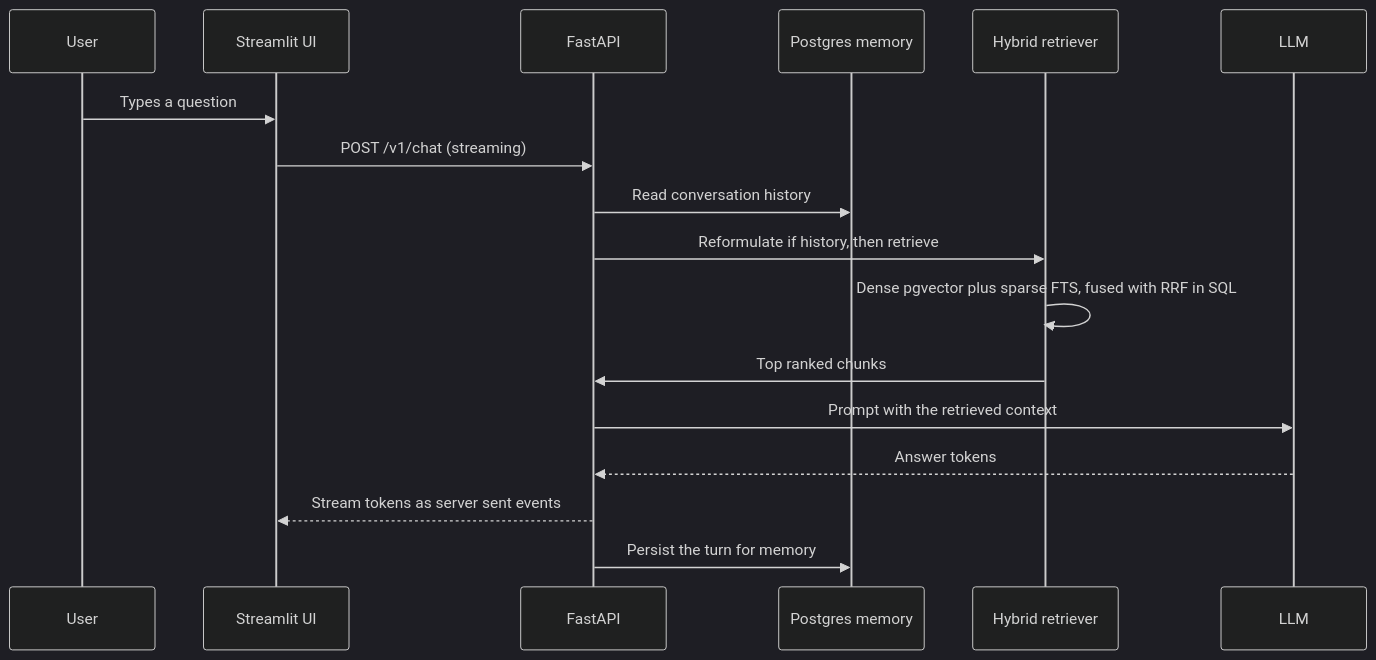
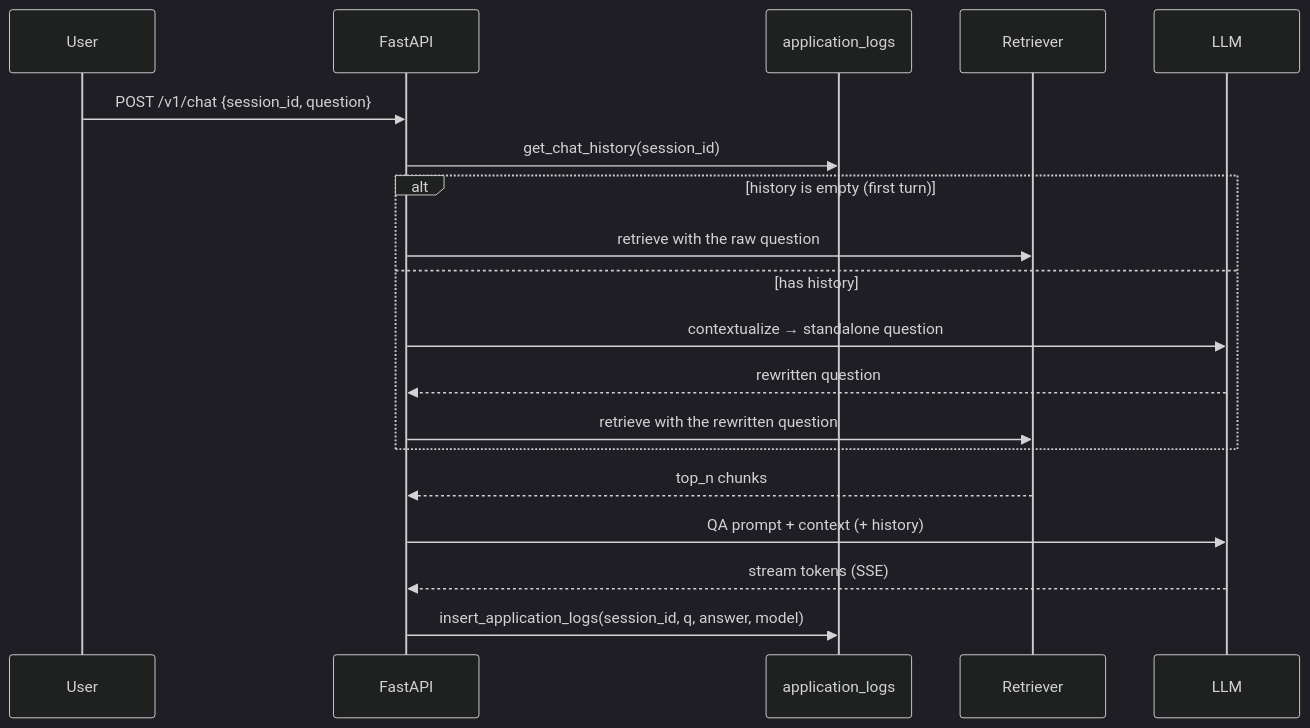
Before and after one commit to mlvpatel/RagFlowPro: the fourth of 4 diagrams in README.md, drawn with Mermaid (dark theme). The commit also changed other lines of this file, not shown here.

````diff
--- a/README.md
+++ b/README.md
@@ -61,19 +99,21 @@
 ```mermaid
 sequenceDiagram
     participant U as User
-    participant S as Streamlit UI
     participant A as FastAPI
-    participant M as Postgres memory
-    participant R as Hybrid retriever
+    participant M as application_logs
+    participant R as Retriever
     participant L as LLM
-    U->>S: Types a question
-    S->>A: POST /v1/chat (streaming)
-    A->>M: Read conversation history
-    A->>R: Reformulate if history, then retrieve
-    R->>R: Dense pgvector plus sparse FTS, fused with RRF in SQL
-    R->>A: Top ranked chunks
-    A->>L: Prompt with the retrieved context
-    L-->>A: Answer tokens
-    A-->>S: Stream tokens as server sent events
-    A->>M: Persist the turn for memory
+    U->>A: POST /v1/chat {session_id, question}
+    A->>M: get_chat_history(session_id)
+    alt history is empty (first turn)
+        A->>R: retrieve with the raw question
+    else has history
+        A->>L: contextualize → standalone question
+        L-->>A: rewritten question
+        A->>R: retrieve with the rewritten question
+    end
+    R-->>A: top_n chunks
+    A->>L: QA prompt + context (+ history)
+    L-->>A: stream tokens (SSE)
+    A->>M: insert_application_logs(session_id, q, answer, model)
 ```
````
